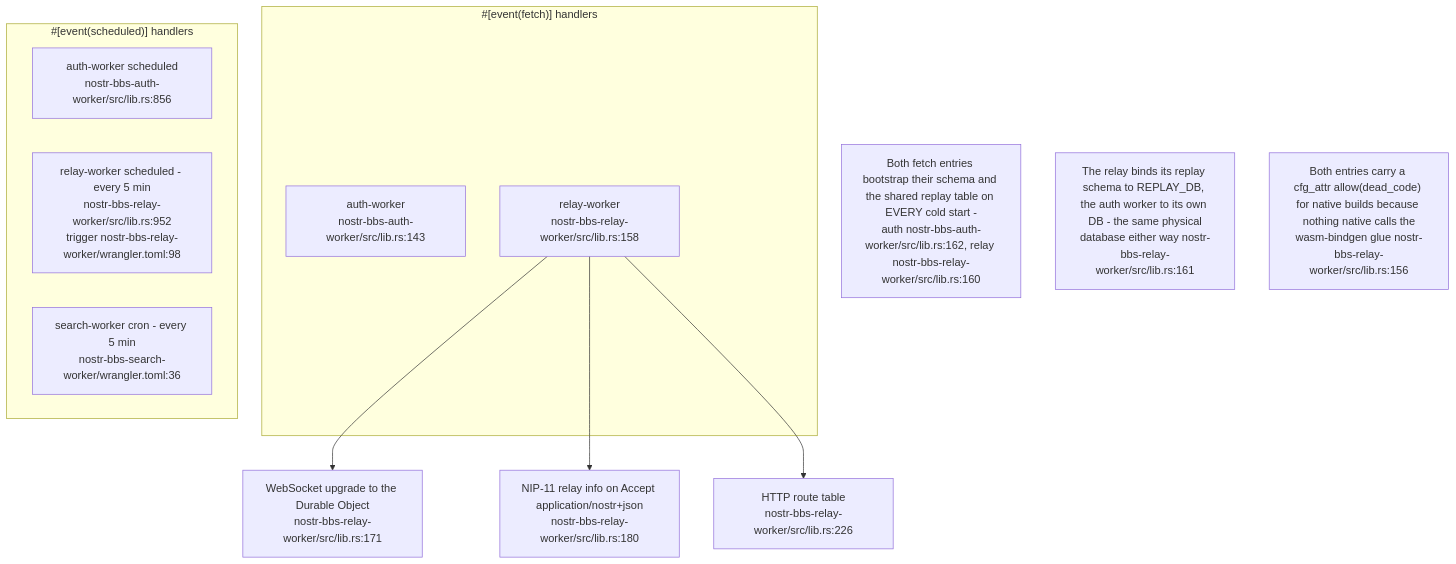
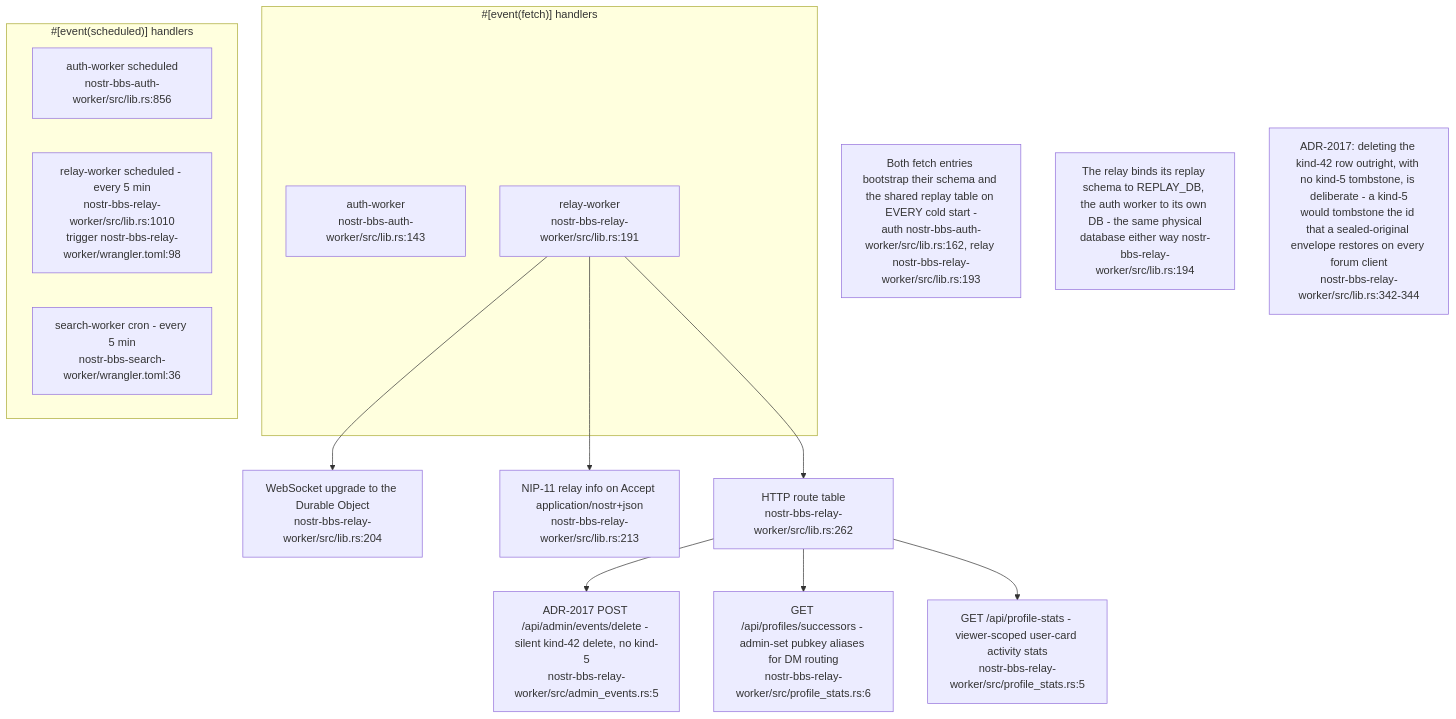
One commit to DreamLab-AI/VisionFlow changed the third of 6 diagrams in docs/diagrams/nostr-rust-forum/01-workspace-and-worker-topology.md. Above: the diagram before and after it, drawn with Mermaid. The commit also changed other lines of this file and 136 other files, not shown here.

First line of the commit message:
docs(diagrams): refresh the whole corpus to code HEAD and prune low-value diagrams

````diff
--- a/docs/diagrams/nostr-rust-forum/01-workspace-and-worker-topology.md
+++ b/docs/diagrams/nostr-rust-forum/01-workspace-and-worker-topology.md
@@ -100,23 +106,29 @@
 ```mermaid
 flowchart TB
     subgraph fetchentry["#[event(fetch)] handlers"]
         A["auth-worker<br/>nostr-bbs-auth-worker/src/lib.rs:143"]
-        R["relay-worker<br/>nostr-bbs-relay-worker/src/lib.rs:158"]
+        R["relay-worker<br/>nostr-bbs-relay-worker/src/lib.rs:191"]
     end
     subgraph cronentry["#[event(scheduled)] handlers"]
         AC["auth-worker scheduled<br/>nostr-bbs-auth-worker/src/lib.rs:856"]
-        RC["relay-worker scheduled - every 5 min<br/>nostr-bbs-relay-worker/src/lib.rs:952<br/>trigger nostr-bbs-relay-worker/wrangler.toml:98"]
+        RC["relay-worker scheduled - every 5 min<br/>nostr-bbs-relay-worker/src/lib.rs:1010<br/>trigger nostr-bbs-relay-worker/wrangler.toml:98"]
         SC["search-worker cron - every 5 min<br/>nostr-bbs-search-worker/wrangler.toml:36"]
     end
-    WSUP["WebSocket upgrade to the Durable Object<br/>nostr-bbs-relay-worker/src/lib.rs:171"]
-    NIP11["NIP-11 relay info on Accept application/nostr+json<br/>nostr-bbs-relay-worker/src/lib.rs:180"]
-    HTTPR["HTTP route table<br/>nostr-bbs-relay-worker/src/lib.rs:226"]
+    WSUP["WebSocket upgrade to the Durable Object<br/>nostr-bbs-relay-worker/src/lib.rs:204"]
+    NIP11["NIP-11 relay info on Accept application/nostr+json<br/>nostr-bbs-relay-worker/src/lib.rs:213"]
+    HTTPR["HTTP route table<br/>nostr-bbs-relay-worker/src/lib.rs:262"]
+    ADMDEL["ADR-2017 POST /api/admin/events/delete - silent kind-42 delete, no kind-5<br/>nostr-bbs-relay-worker/src/admin_events.rs:5"]
+    SUCC["GET /api/profiles/successors - admin-set pubkey aliases for DM routing<br/>nostr-bbs-relay-worker/src/profile_stats.rs:6"]
+    PSTATS["GET /api/profile-stats - viewer-scoped user-card activity stats<br/>nostr-bbs-relay-worker/src/profile_stats.rs:5"]
 
     R --> WSUP
     R --> NIP11
     R --> HTTPR
+    HTTPR --> ADMDEL
+    HTTPR --> SUCC
+    HTTPR --> PSTATS
 
-    N1["Both fetch entries bootstrap their schema and the shared replay table on EVERY cold start -<br/>auth nostr-bbs-auth-worker/src/lib.rs:162, relay nostr-bbs-relay-worker/src/lib.rs:160"]
-    N2["The relay binds its replay schema to REPLAY_DB, the auth worker to its own DB - the same physical<br/>database either way nostr-bbs-relay-worker/src/lib.rs:161"]
-    N3["Both entries carry a cfg_attr allow(dead_code) for native builds because nothing native calls the<br/>wasm-bindgen glue nostr-bbs-relay-worker/src/lib.rs:156"]
+    N1["Both fetch entries bootstrap their schema and the shared replay table on EVERY cold start -<br/>auth nostr-bbs-auth-worker/src/lib.rs:162, relay nostr-bbs-relay-worker/src/lib.rs:193"]
+    N2["The relay binds its replay schema to REPLAY_DB, the auth worker to its own DB - the same physical<br/>database either way nostr-bbs-relay-worker/src/lib.rs:194"]
+    N3["ADR-2017: deleting the kind-42 row outright, with no kind-5 tombstone, is deliberate - a kind-5<br/>would tombstone the id that a sealed-original envelope restores on every forum client<br/>nostr-bbs-relay-worker/src/lib.rs:342-344"]
 ```
````
